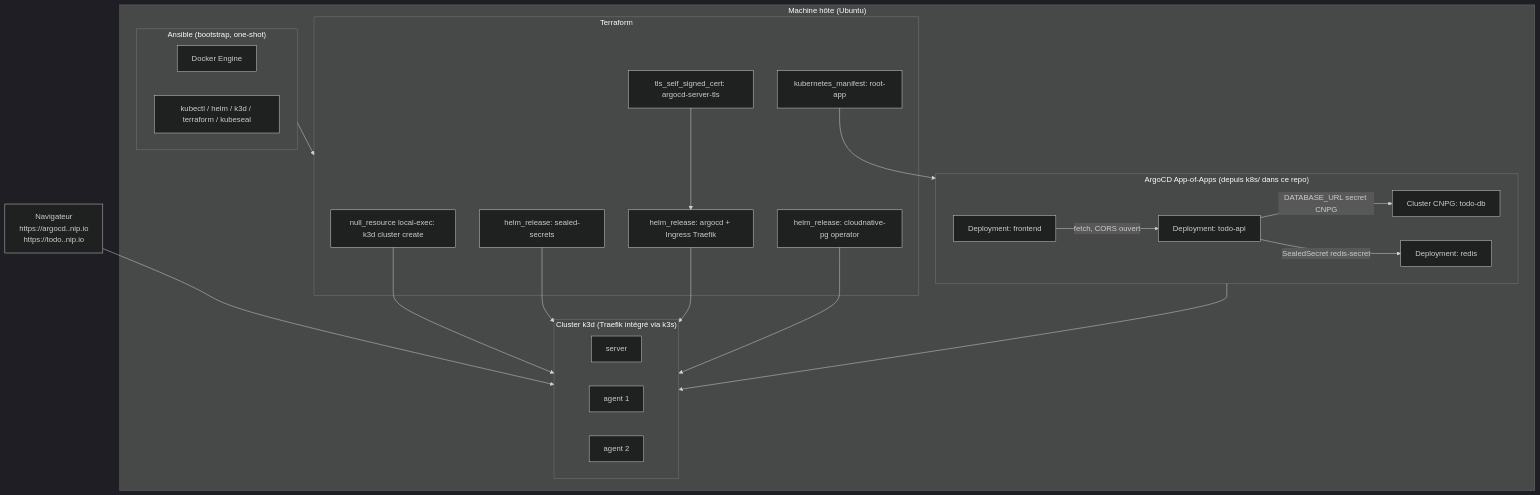
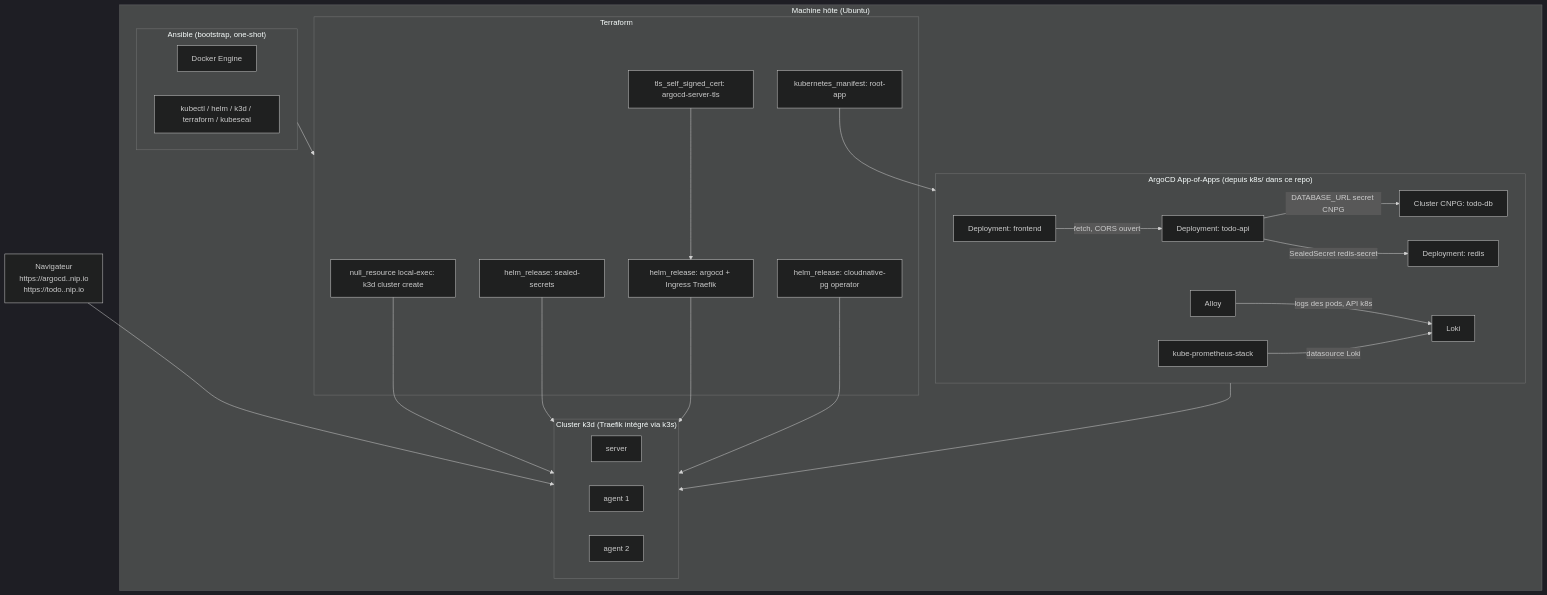
The diagram in README.md (nblinpro/kubernetes_poc), drawn with Mermaid (dark theme) before and after one commit. The commit also changed other lines of this file and 6 other files, not shown here.

Commit message:
Phase 3: observabilité (kube-prometheus-stack + Loki + Alloy) en GitOps

````diff
--- a/README.md
+++ b/README.md
@@ -9,47 +9,52 @@
 ```mermaid
 flowchart TB
     subgraph Host["Machine hôte (Ubuntu)"]
         subgraph Ansible["Ansible (bootstrap, one-shot)"]
             A1[Docker Engine]
             A2[kubectl / helm / k3d / terraform / kubeseal]
         end
 
         subgraph TF["Terraform"]
             T1[null_resource local-exec: k3d cluster create]
             T2[helm_release: sealed-secrets]
             T3[helm_release: argocd + Ingress Traefik]
             T4[tls_self_signed_cert: argocd-server-tls]
             T5[helm_release: cloudnative-pg operator]
             T6[kubernetes_manifest: root-app]
         end
 
         subgraph GitOps["ArgoCD App-of-Apps (depuis k8s/ dans ce repo)"]
             direction LR
             P[Cluster CNPG: todo-db]
             R[Deployment: redis]
             AP[Deployment: todo-api]
             FE[Deployment: frontend]
+            PR[kube-prometheus-stack]
+            LK[Loki]
+            AL[Alloy]
         end
 
         subgraph K3D["Cluster k3d (Traefik intégré via k3s)"]
             direction LR
             S[server]
             W1[agent 1]
             W2[agent 2]
         end
     end
 
     Browser["Navigateur\nhttps://argocd.<IP>.nip.io\nhttps://todo.<IP>.nip.io"] --> K3D
     FE -->|fetch, CORS ouvert| AP
     AP -->|DATABASE_URL secret CNPG| P
     AP -->|SealedSecret redis-secret| R
+    AL -->|logs des pods, API k8s| LK
+    PR -->|datasource Loki| LK
 
     Ansible --> TF
     T1 --> K3D
     T2 --> K3D
     T3 --> K3D
     T4 --> T3
     T5 --> K3D
     T6 --> GitOps
     GitOps --> K3D
 ```
````
